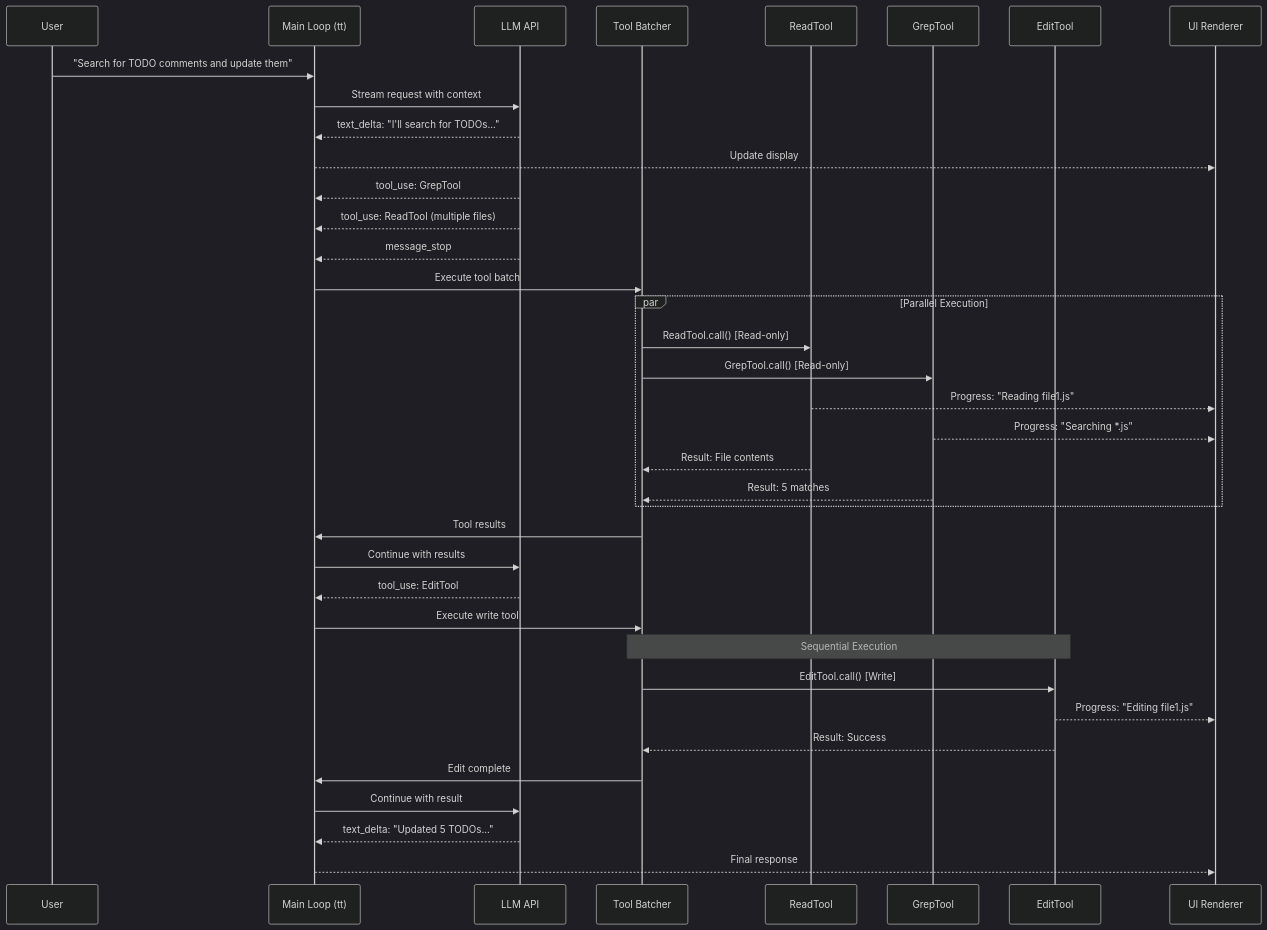
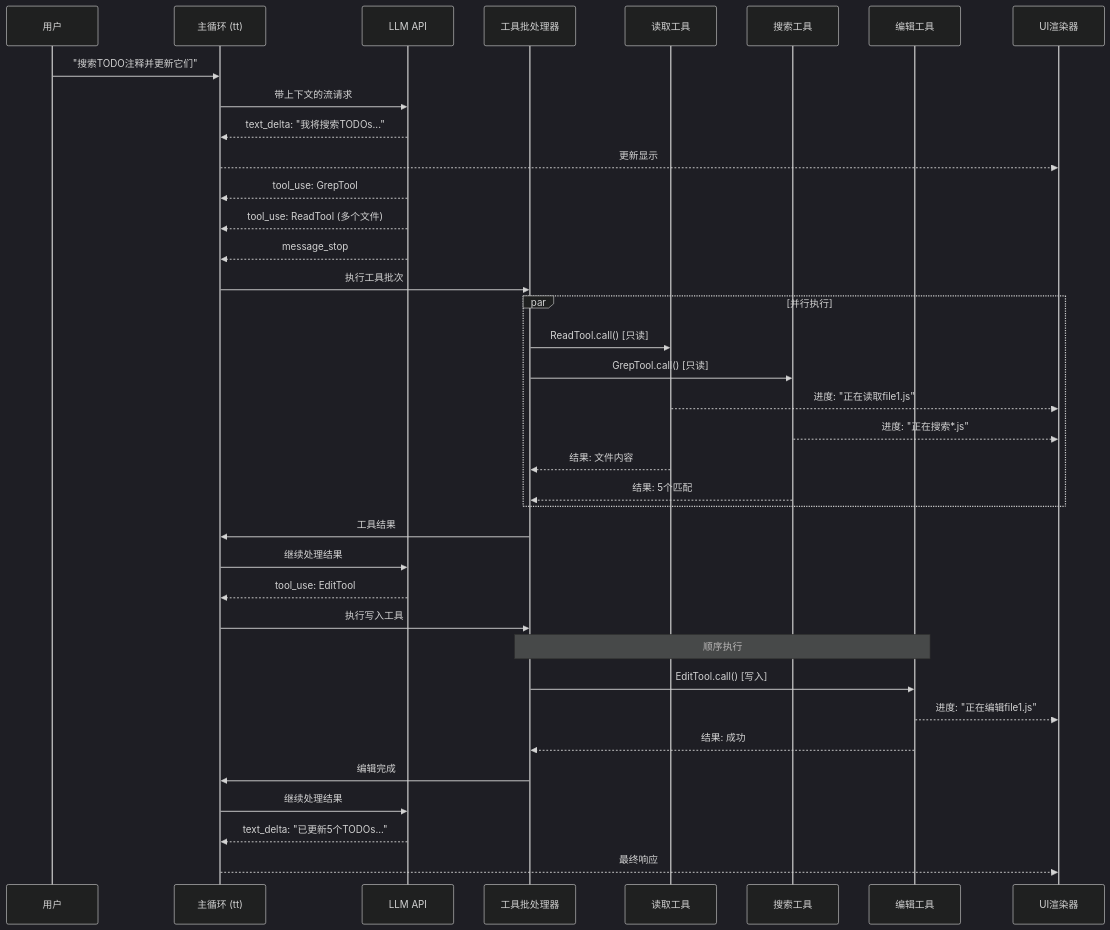
One commit to hanshuang-ai/BLOG changed the first of 4 diagrams in source/_posts/claude-code控制流与编排引擎.md. Above: the diagram before and after it, drawn with Mermaid (dark theme). The commit also changed other lines of this file and 10 other files, not shown here.

````diff
--- a/source/_posts/claude-code控制流与编排引擎.md
+++ b/source/_posts/claude-code控制流与编排引擎.md
@@ -9,40 +10,40 @@
 ```mermaid
 sequenceDiagram
-    participant User
-    participant MainLoop as Main Loop (tt)
+    participant User as 用户
+    participant MainLoop as 主循环 (tt)
     participant LLM as LLM API
-    participant ToolBatch as Tool Batcher
-    participant Tool1 as ReadTool
-    participant Tool2 as GrepTool
-    participant Tool3 as EditTool
-    participant UI as UI Renderer
-    User->>MainLoop: "Search for TODO comments and update them"
-    MainLoop->>LLM: Stream request with context
-    LLM-->>MainLoop: text_delta: "I'll search for TODOs..."
-    MainLoop-->>UI: Update display
+    participant ToolBatch as 工具批处理器
+    participant Tool1 as 读取工具
+    participant Tool2 as 搜索工具
+    participant Tool3 as 编辑工具
+    participant UI as UI渲染器
+    User->>MainLoop: "搜索TODO注释并更新它们"
+    MainLoop->>LLM: 带上下文的流请求
+    LLM-->>MainLoop: text_delta: "我将搜索TODOs..."
+    MainLoop-->>UI: 更新显示
     LLM-->>MainLoop: tool_use: GrepTool
-    LLM-->>MainLoop: tool_use: ReadTool (multiple files)
+    LLM-->>MainLoop: tool_use: ReadTool (多个文件)
     LLM-->>MainLoop: message_stop
-    MainLoop->>ToolBatch: Execute tool batch
-    par Parallel Execution
-        ToolBatch->>Tool1: ReadTool.call() [Read-only]
-        ToolBatch->>Tool2: GrepTool.call() [Read-only]
-        Tool1-->>UI: Progress: "Reading file1.js"
-        Tool2-->>UI: Progress: "Searching *.js"
-        Tool1-->>ToolBatch: Result: File contents
-        Tool2-->>ToolBatch: Result: 5 matches
+    MainLoop->>ToolBatch: 执行工具批次
+    par 并行执行
+        ToolBatch->>Tool1: ReadTool.call() [只读]
+        ToolBatch->>Tool2: GrepTool.call() [只读]
+        Tool1-->>UI: 进度: "正在读取file1.js"
+        Tool2-->>UI: 进度: "正在搜索*.js"
+        Tool1-->>ToolBatch: 结果: 文件内容
+        Tool2-->>ToolBatch: 结果: 5个匹配
     end
-    ToolBatch->>MainLoop: Tool results
-    MainLoop->>LLM: Continue with results
+    ToolBatch->>MainLoop: 工具结果
+    MainLoop->>LLM: 继续处理结果
     LLM-->>MainLoop: tool_use: EditTool
-    MainLoop->>ToolBatch: Execute write tool
-    Note over ToolBatch, Tool3: Sequential Execution
-    ToolBatch->>Tool3: EditTool.call() [Write]
-    Tool3-->>UI: Progress: "Editing file1.js"
-    Tool3-->>ToolBatch: Result: Success
-    ToolBatch->>MainLoop: Edit complete
-    MainLoop->>LLM: Continue with result
-    LLM-->>MainLoop: text_delta: "Updated 5 TODOs..."
-    MainLoop-->>UI: Final response
+    MainLoop->>ToolBatch: 执行写入工具
+    Note over ToolBatch, Tool3: 顺序执行
+    ToolBatch->>Tool3: EditTool.call() [写入]
+    Tool3-->>UI: 进度: "正在编辑file1.js"
+    Tool3-->>ToolBatch: 结果: 成功
+    ToolBatch->>MainLoop: 编辑完成
+    MainLoop->>LLM: 继续处理结果
+    LLM-->>MainLoop: text_delta: "已更新5个TODOs..."
+    MainLoop-->>UI: 最终响应
 
 ```
````
